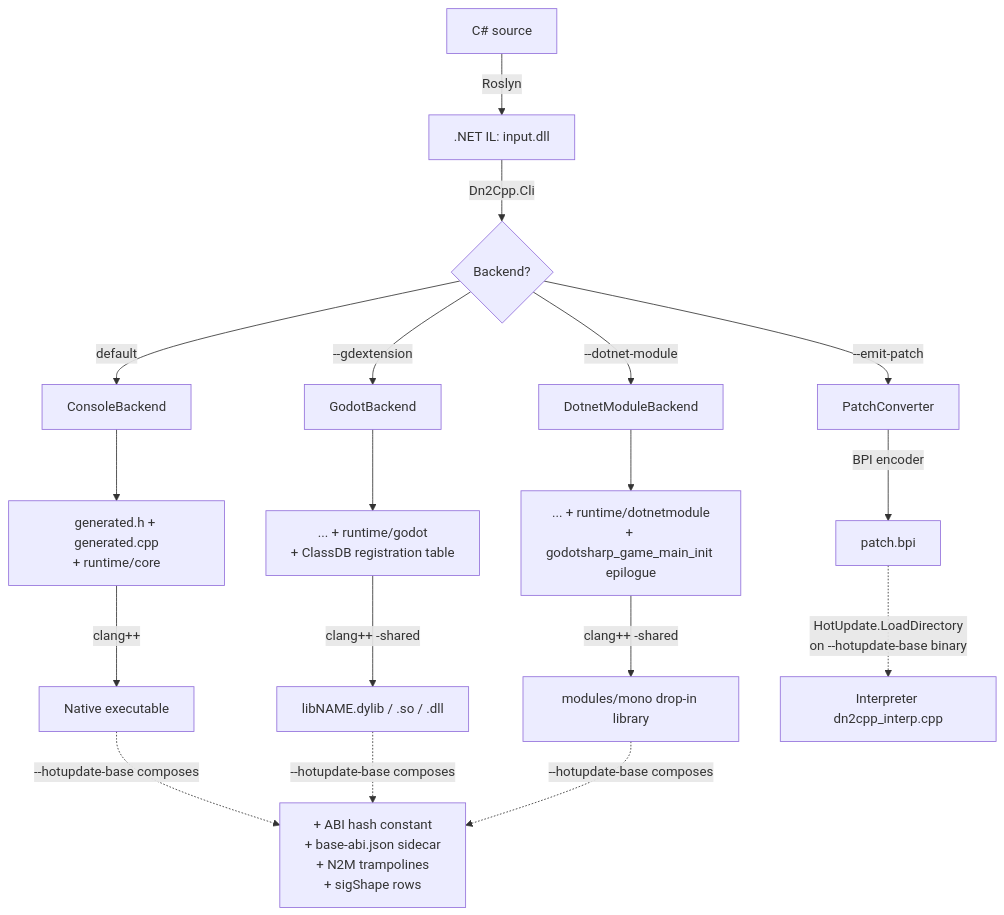
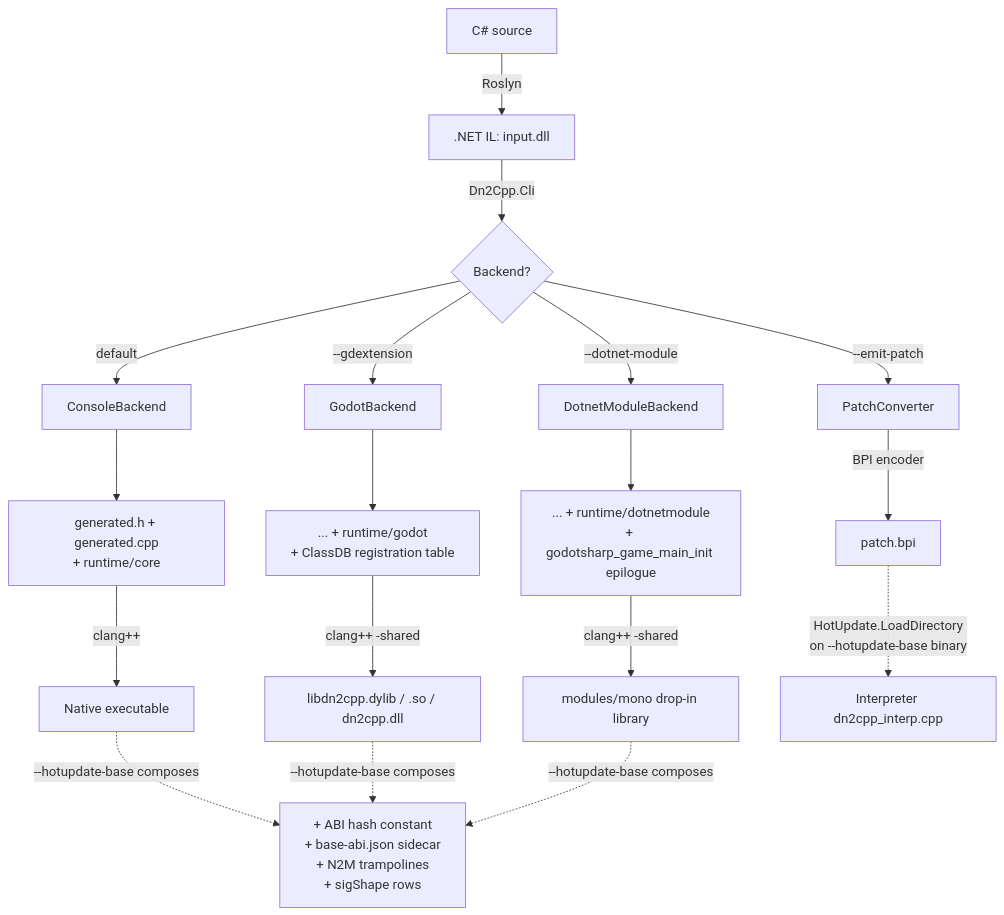
Before and after one commit to takuma-komatsu/dn2cpp: the diagram in README.md, drawn with Mermaid. The commit also changed other lines of this file and 14 other files, not shown here.

First line of the commit message:
Fix the GDExtension library name to libdn2cpp

````diff
--- a/README.md
+++ b/README.md
@@ -397,20 +404,20 @@
 ```mermaid
 flowchart TB
     A[C# source] -->|Roslyn| B[.NET IL: input.dll]
     B -->|Dn2Cpp.Cli| C{Backend?}
     C -->|default| D[ConsoleBackend]
     C -->|--gdextension| E[GodotBackend]
     C -->|--dotnet-module| F[DotnetModuleBackend]
     C -->|--emit-patch| G[PatchConverter]
     D --> H["generated.h + generated.cpp<br/>+ runtime/core"]
     E --> I["... + runtime/godot<br/>+ ClassDB registration table"]
     F --> J["... + runtime/dotnetmodule<br/>+ godotsharp_game_main_init epilogue"]
     H -->|clang++| K[Native executable]
-    I -->|"clang++ -shared"| L[libNAME.dylib / .so / .dll]
+    I -->|"clang++ -shared"| L[libdn2cpp.dylib / .so / dn2cpp.dll]
     J -->|"clang++ -shared"| M["modules/mono drop-in library"]
     G -->|BPI encoder| N[patch.bpi]
     N -.->|"HotUpdate.LoadDirectory<br/>on --hotupdate-base binary"| O[Interpreter dn2cpp_interp.cpp]
     K -.->|"--hotupdate-base composes"| P["+ ABI hash constant<br/>+ base-abi.json sidecar<br/>+ N2M trampolines<br/>+ sigShape rows"]
     L -.->|"--hotupdate-base composes"| P
     M -.->|"--hotupdate-base composes"| P
 ```
````
